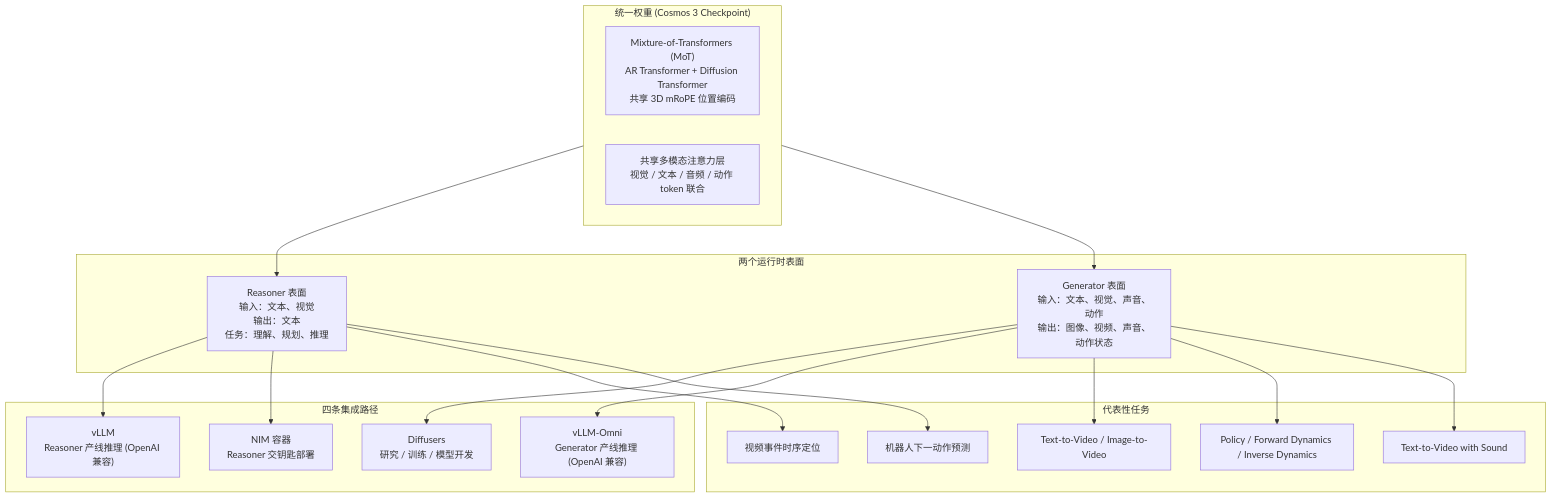
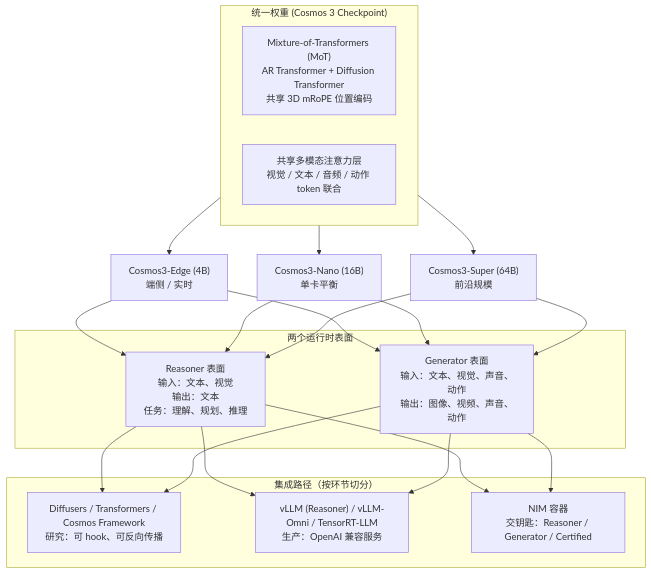
Before and after one commit to A1pha3/text-matrix: the diagram in content/posts/tech/cosmos-nvidia-world-foundation-model-guide.md, drawn with Mermaid. The commit also changed other lines of this file and 331 other files, not shown here.

````diff
--- a/content/posts/tech/cosmos-nvidia-world-foundation-model-guide.md
+++ b/content/posts/tech/cosmos-nvidia-world-foundation-model-guide.md
@@ -65,41 +36,36 @@
 ```mermaid
 flowchart TB
   subgraph Weights["统一权重 (Cosmos 3 Checkpoint)"]
     MoT["Mixture-of-Transformers (MoT)<br/>AR Transformer + Diffusion Transformer<br/>共享 3D mRoPE 位置编码"]
     SharedMM["共享多模态注意力层<br/>视觉 / 文本 / 音频 / 动作 token 联合"]
   end
 
+  Weights --> Edge["Cosmos3-Edge (4B)<br/>端侧 / 实时"]
+  Weights --> Nano["Cosmos3-Nano (16B)<br/>单卡平衡"]
+  Weights --> Super["Cosmos3-Super (64B)<br/>前沿规模"]
+
   subgraph Surfaces["两个运行时表面"]
     Reasoner["Reasoner 表面<br/>输入：文本、视觉<br/>输出：文本<br/>任务：理解、规划、推理"]
-    Generator["Generator 表面<br/>输入：文本、视觉、声音、动作<br/>输出：图像、视频、声音、动作状态"]
+    Generator["Generator 表面<br/>输入：文本、视觉、声音、动作<br/>输出：图像、视频、声音、动作"]
   end
 
-  Weights --> Reasoner
-  Weights --> Generator
+  Edge --> Reasoner
+  Edge --> Generator
+  Nano --> Reasoner
+  Nano --> Generator
+  Super --> Reasoner
+  Super --> Generator
 
-  subgraph Deploy["四条集成路径"]
-    Diffusers["Diffusers<br/>研究 / 训练 / 模型开发"]
-    VLLMOmni["vLLM-Omni<br/>Generator 产线推理 (OpenAI 兼容)"]
-    VLLM["vLLM<br/>Reasoner 产线推理 (OpenAI 兼容)"]
-    NIM["NIM 容器<br/>Reasoner 交钥匙部署"]
+  subgraph Deploy["集成路径（按环节切分）"]
+    Py["Diffusers / Transformers / Cosmos Framework<br/>研究：可 hook、可反向传播"]
+    Serve["vLLM (Reasoner) / vLLM-Omni / TensorRT-LLM<br/>生产：OpenAI 兼容服务"]
+    NIM["NIM 容器<br/>交钥匙：Reasoner / Generator / Certified"]
   end
 
-  Generator --> Diffusers
-  Generator --> VLLMOmni
-  Reasoner --> VLLM
+  Reasoner --> Py
+  Generator --> Py
+  Reasoner --> Serve
+  Generator --> Serve
   Reasoner --> NIM
-
-  subgraph Tasks["代表性任务"]
-    T1["视频事件时序定位"]
-    T2["机器人下一动作预测"]
-    T3["Text-to-Video / Image-to-Video"]
-    T4["Policy / Forward Dynamics / Inverse Dynamics"]
-    T5["Text-to-Video with Sound"]
-  end
-
-  Reasoner --> T1
-  Reasoner --> T2
-  Generator --> T3
-  Generator --> T4
-  Generator --> T5
+  Generator --> NIM
 ```
````
